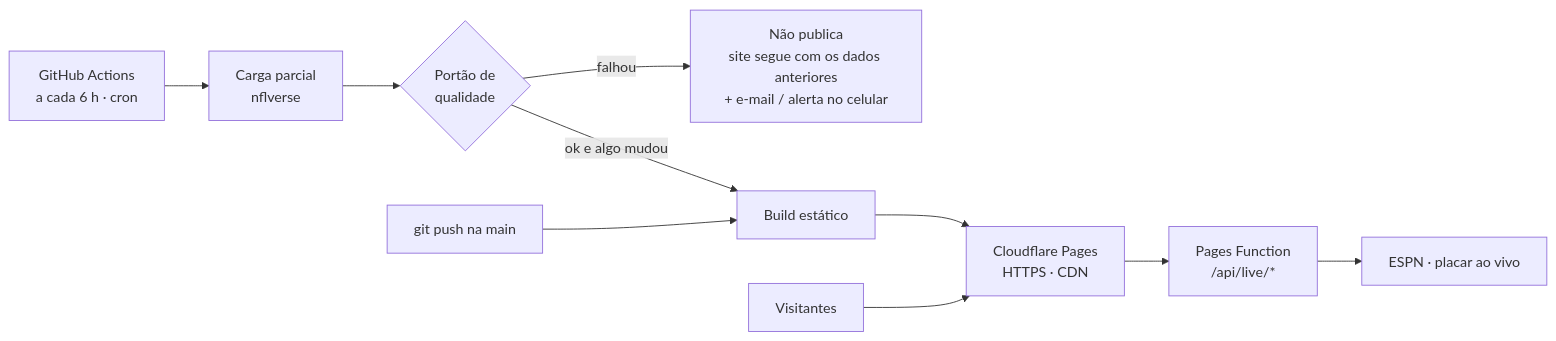
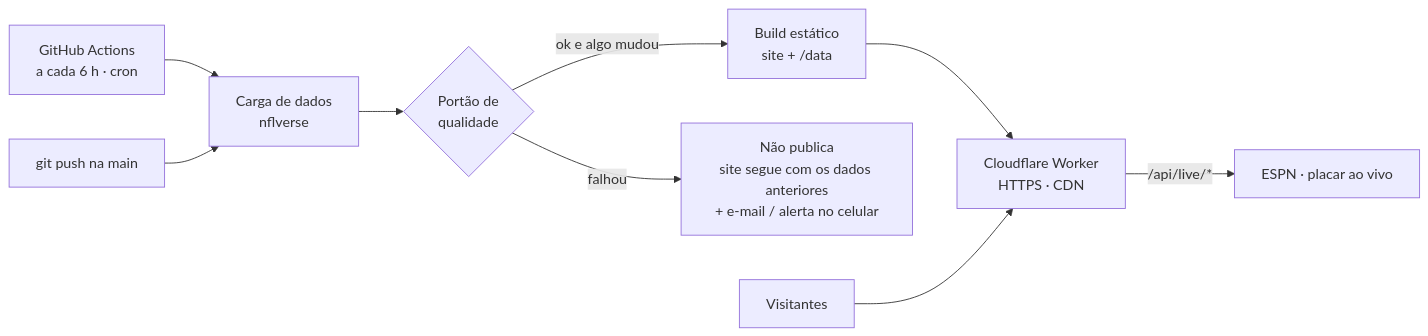
One commit to lucasllimati/end-zone-analytics changed the diagram in docs/PUBLICACAO.md. Above: the diagram before and after it, drawn with Mermaid. The commit also changed other lines of this file and 13 other files, not shown here.

````diff
--- a/docs/PUBLICACAO.md
+++ b/docs/PUBLICACAO.md
@@ -11,10 +11,10 @@
 ```mermaid
 flowchart LR
-  C[GitHub Actions<br/>a cada 6 h · cron] --> D[Carga parcial<br/>nflverse]
+  C[GitHub Actions<br/>a cada 6 h · cron] --> D[Carga de dados<br/>nflverse]
   D --> Q{Portão de<br/>qualidade}
-  Q -->|ok e algo mudou| B[Build estático] --> P[Cloudflare Pages<br/>HTTPS · CDN]
+  Q -->|ok e algo mudou| B[Build estático<br/>site + /data] --> W[Cloudflare Worker<br/>HTTPS · CDN]
   Q -->|falhou| X[Não publica<br/>site segue com os dados anteriores<br/>+ e-mail / alerta no celular]
-  G[git push na main] --> B
-  V[Visitantes] --> P
-  P --> F[Pages Function<br/>/api/live/*] --> E[ESPN · placar ao vivo]
+  G[git push na main] --> D
+  V[Visitantes] --> W
+  W -->|/api/live/*| E[ESPN · placar ao vivo]
 ```
````
